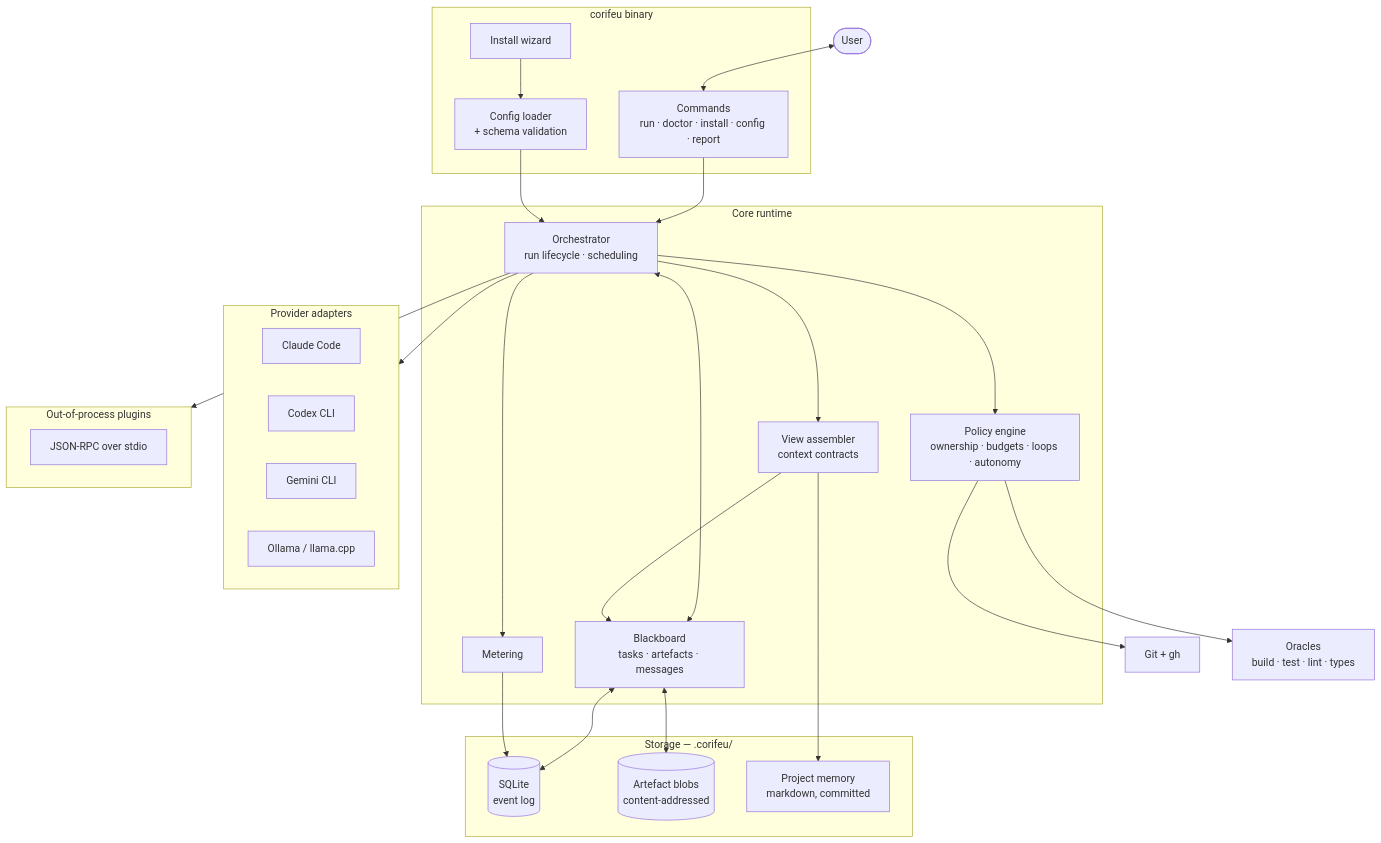
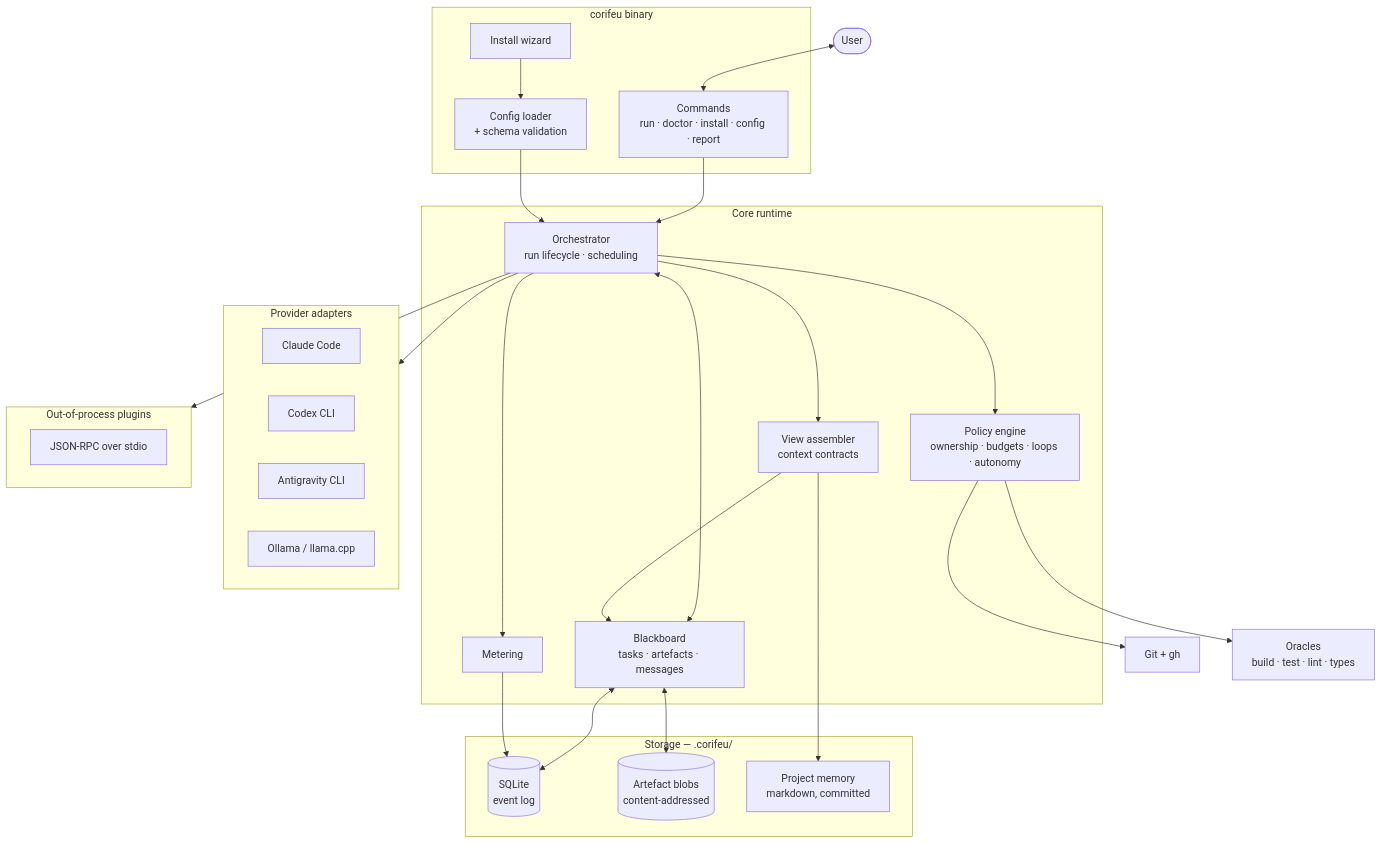
One commit to baphomello/corifeu changed the first of 8 diagrams in docs/architecture.md. Above: the diagram before and after it, drawn with Mermaid. The commit also changed other lines of this file and 7 other files, not shown here.

````diff
--- a/docs/architecture.md
+++ b/docs/architecture.md
@@ -26,57 +26,57 @@
 ```mermaid
 graph TB
     User([User])
 
     subgraph CLI["corifeu binary"]
         Cmd["Commands<br/>run · doctor · install · config · report"]
         Wizard["Install wizard"]
         Cfg["Config loader<br/>+ schema validation"]
     end
 
     subgraph Core["Core runtime"]
         Orch["Orchestrator<br/>run lifecycle · scheduling"]
         Board["Blackboard<br/>tasks · artefacts · messages"]
         View["View assembler<br/>context contracts"]
         Policy["Policy engine<br/>ownership · budgets · loops · autonomy"]
         Meter["Metering"]
     end
 
     subgraph Store["Storage — .corifeu/"]
         DB[("SQLite<br/>event log")]
         Blobs[("Artefact blobs<br/>content-addressed")]
         Mem["Project memory<br/>markdown, committed"]
     end
 
     subgraph Adapters["Provider adapters"]
         direction LR
         ClaudeA["Claude Code"]
         CodexA["Codex CLI"]
-        GeminiA["Gemini CLI"]
+        GeminiA["Antigravity CLI"]
         LocalA["Ollama / llama.cpp"]
     end
 
     subgraph Ext["Out-of-process plugins"]
         Plug["JSON-RPC over stdio"]
     end
 
     Git["Git + gh"]
     Oracles["Oracles<br/>build · test · lint · types"]
 
     User <--> Cmd
     Cmd --> Orch
     Wizard --> Cfg
     Cfg --> Orch
     Orch <--> Board
     Orch --> View
     Orch --> Policy
     Orch --> Meter
     View --> Board
     Board <--> DB
     Board <--> Blobs
     View --> Mem
     Orch --> Adapters
     Orch --> Ext
     Policy --> Git
     Policy --> Oracles
     Meter --> DB
 ```
````
